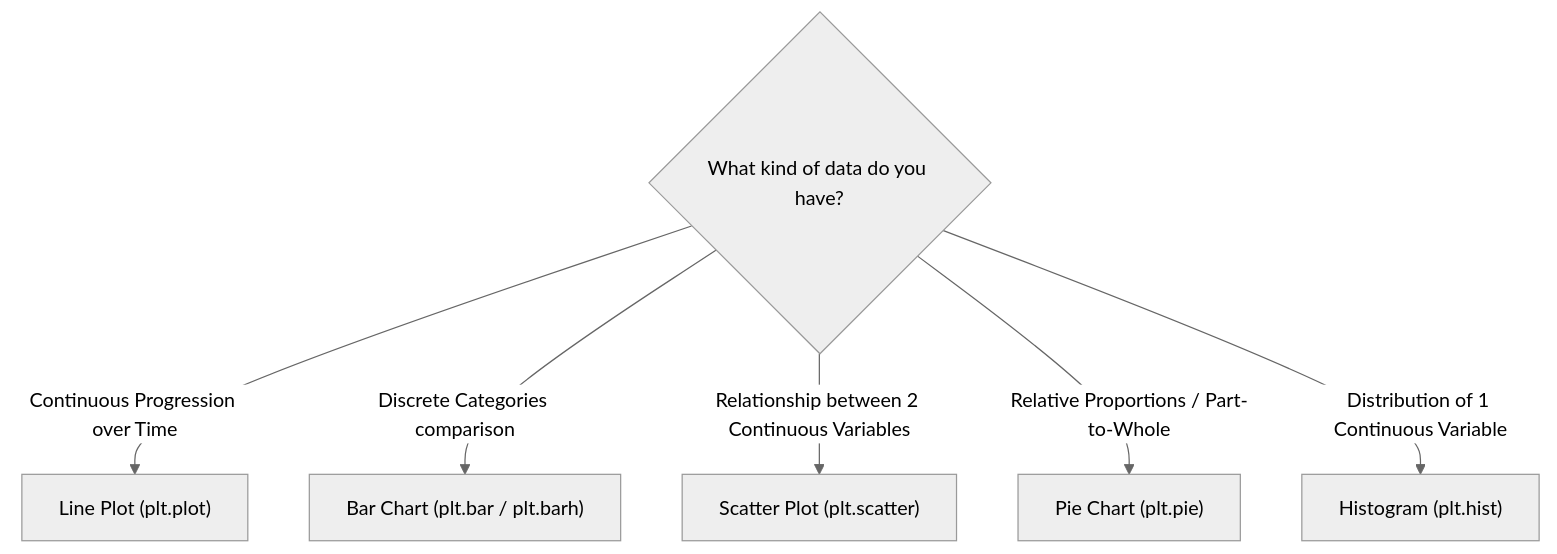
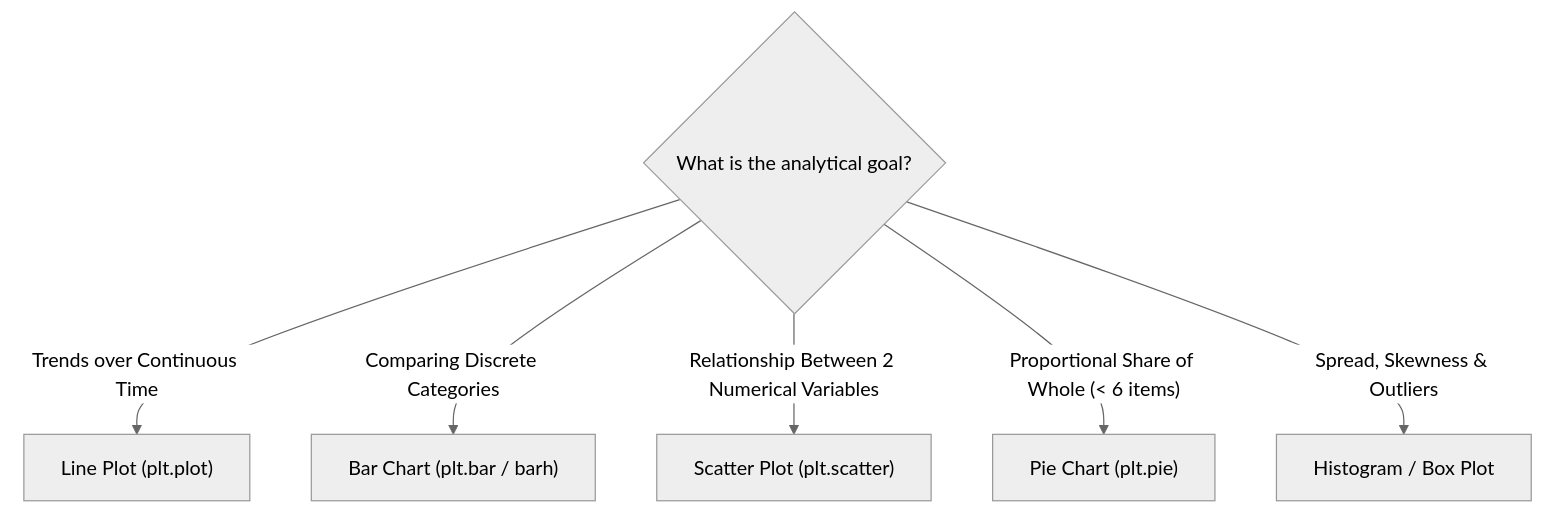
The diagram in lecture_18/Notes_18.08/README.md (S1h2i3v4a/AI_ML), drawn with Mermaid (neutral theme) before and after one commit. The commit also changed other lines of this file and 71 other files, not shown here.

Commit message:
docs(lecture 18): align notes with video lectures, add blackboard diagrams, clean structured functions, and compile vector PDFs

````diff
--- a/lecture_18/Notes_18.08/README.md
+++ b/lecture_18/Notes_18.08/README.md
@@ -14,9 +18,9 @@
 ```mermaid
 flowchart TD
-    Data{"What kind of data do you have?"}
-    Data -->|"Continuous Progression over Time"| Line["Line Plot (plt.plot)"]
-    Data -->|"Discrete Categories comparison"| Bar["Bar Chart (plt.bar / plt.barh)"]
-    Data -->|"Relationship between 2 Continuous Variables"| Scatter["Scatter Plot (plt.scatter)"]
-    Data -->|"Relative Proportions / Part-to-Whole"| Pie["Pie Chart (plt.pie)"]
-    Data -->|"Distribution of 1 Continuous Variable"| Hist["Histogram (plt.hist)"]
+    Q{"What is the analytical goal?"}
+    Q -->|"Trends over Continuous Time"| LP["Line Plot (plt.plot)"]
+    Q -->|"Comparing Discrete Categories"| BC["Bar Chart (plt.bar / barh)"]
+    Q -->|"Relationship Between 2 Numerical Variables"| SP["Scatter Plot (plt.scatter)"]
+    Q -->|"Proportional Share of Whole (< 6 items)"| PC["Pie Chart (plt.pie)"]
+    Q -->|"Spread, Skewness & Outliers"| DP["Histogram / Box Plot"]
 ```
````
